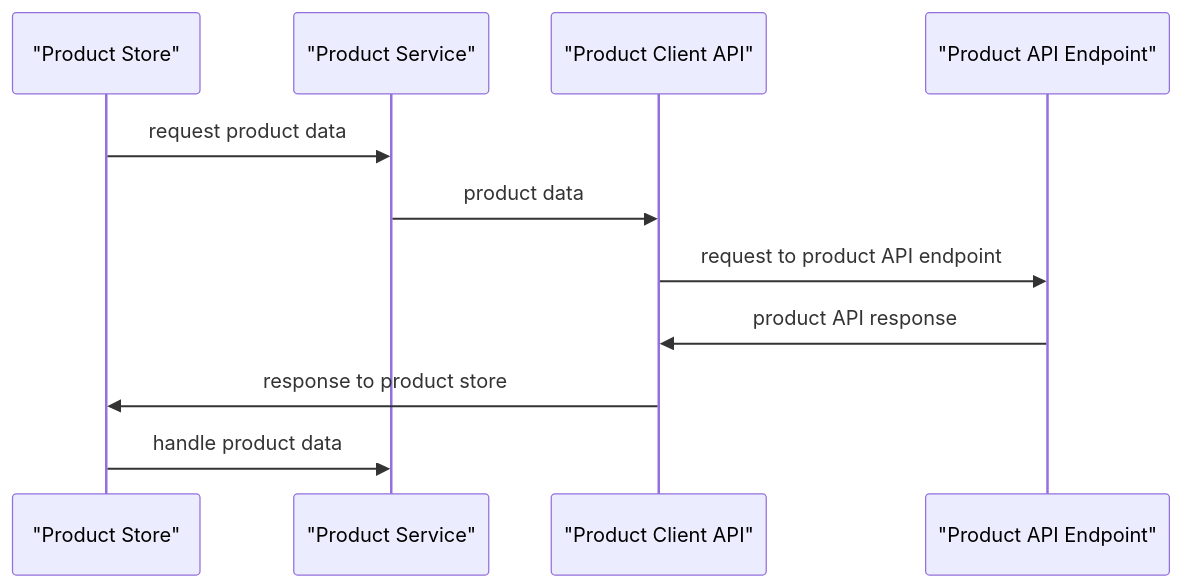
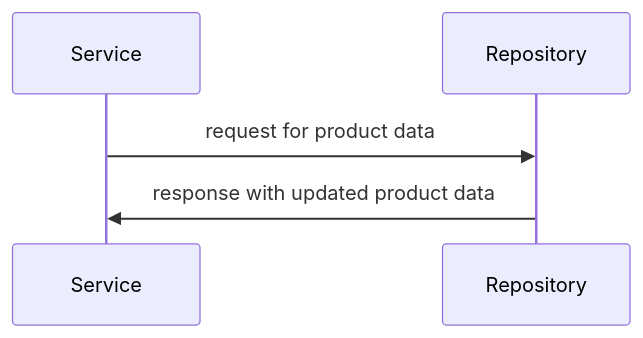
Before and after one commit to meghanahp/Universal-Product-Store: the second of 2 diagrams in docs/architecture.md, drawn with Mermaid. The commit also changed other lines of this file, not shown here.

Commit message:
docs(1): architecture

````diff
--- a/docs/architecture.md
+++ b/docs/architecture.md
@@ -33,14 +35,7 @@
 ```mermaid
 sequenceDiagram
-    participant ProductStore as "Product Store"
-    participant ProductService as "Product Service"
-    participant ProductApiClient as "Product Client API"
-    participant ProductApiEndpoint as "Product API Endpoint"
-    
-    ProductStore->>ProductService: request product data
-    ProductService->>ProductApiClient: product data
-    ProductApiClient->>ProductApiEndpoint: request to product API endpoint
-    ProductApiEndpoint->>ProductApiClient: product API response
-    ProductApiClient->>ProductStore: response to product store
-    ProductStore->>ProductService: handle product data
+    participant ProductService as Service
+    participant ProductStore as Repository
+    ProductService->>ProductStore: request for product data
+    ProductStore->>ProductService: response with updated product data
 ```
````
